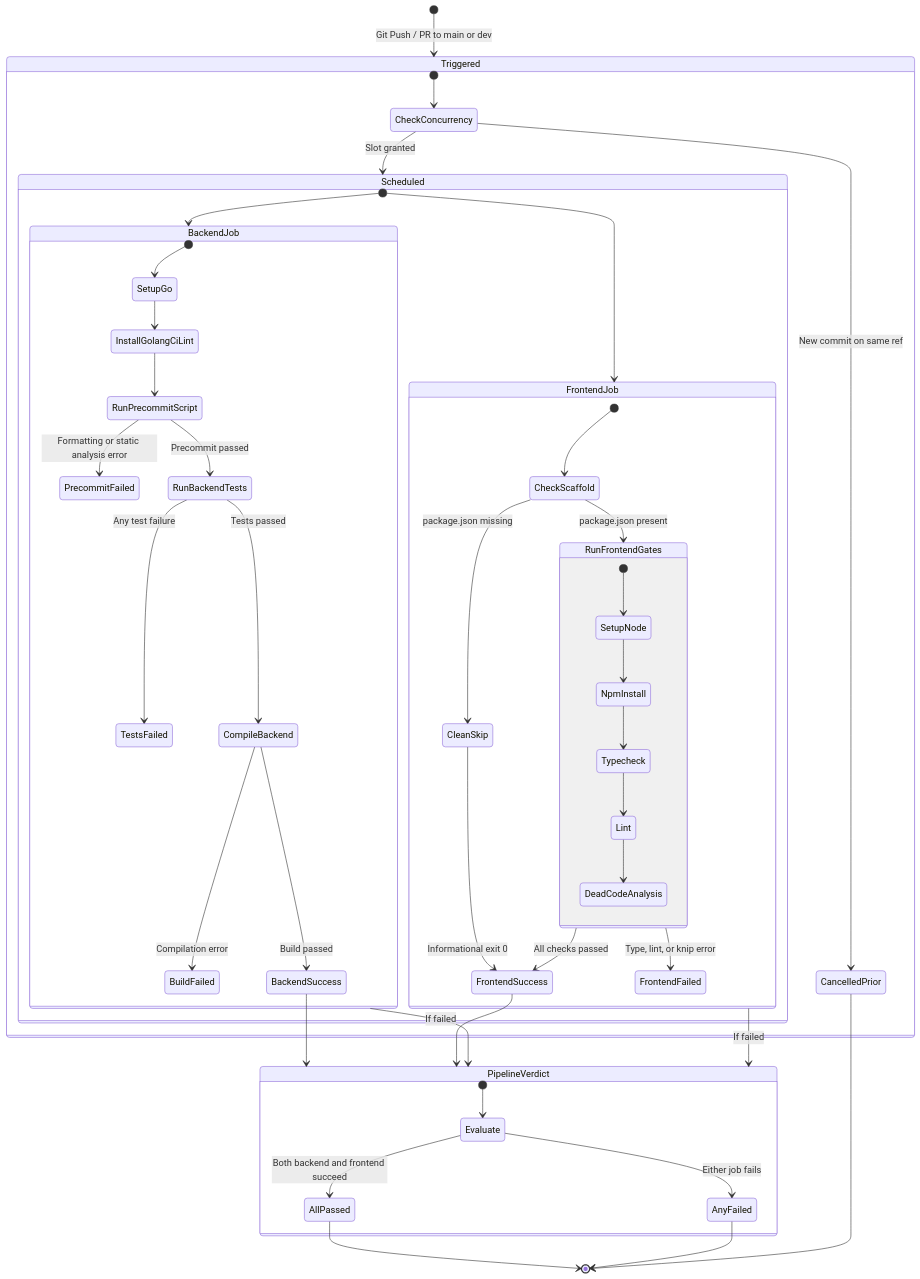
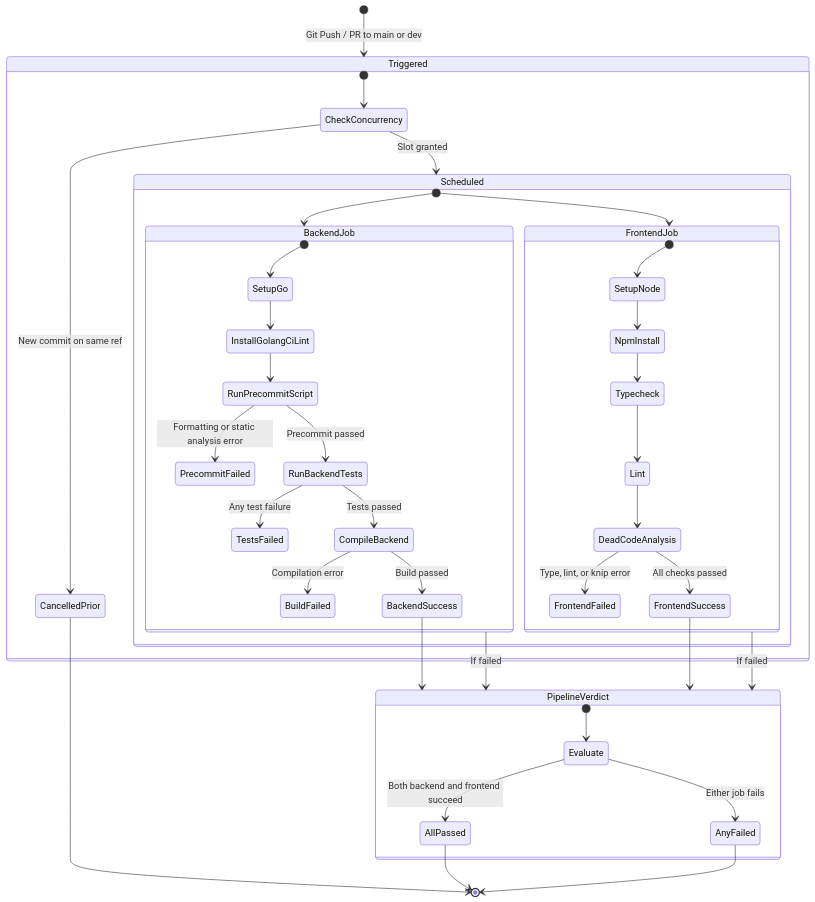
One commit to nicotorboli/2026s2-desapp-NoSePudo changed the second of 2 diagrams in specs/001-github-actions-ci/data-model.md. Above: the diagram before and after it, drawn with Mermaid. The commit also changed other lines of this file and 7 other files, not shown here.

````diff
--- a/specs/001-github-actions-ci/data-model.md
+++ b/specs/001-github-actions-ci/data-model.md
@@ -178,60 +171,52 @@
 ```mermaid
 stateDiagram-v2
     [*] --> Triggered: Git Push / PR to main or dev
 
     state Triggered {
         [*] --> CheckConcurrency
         CheckConcurrency --> CancelledPrior: New commit on same ref
         CheckConcurrency --> Scheduled: Slot granted
     }
 
     state Scheduled {
         [*] --> BackendJob
         [*] --> FrontendJob
     }
 
     state BackendJob {
         [*] --> SetupGo
         SetupGo --> InstallGolangCiLint
         InstallGolangCiLint --> RunPrecommitScript
         RunPrecommitScript --> PrecommitFailed: Formatting or static analysis error
         RunPrecommitScript --> RunBackendTests: Precommit passed
         RunBackendTests --> TestsFailed: Any test failure
         RunBackendTests --> CompileBackend: Tests passed
         CompileBackend --> BuildFailed: Compilation error
         CompileBackend --> BackendSuccess: Build passed
     }
 
     state FrontendJob {
-        [*] --> CheckScaffold
-        CheckScaffold --> CleanSkip: package.json missing
-        CleanSkip --> FrontendSuccess: Informational exit 0
-        CheckScaffold --> RunFrontendGates: package.json present
-        
-        state RunFrontendGates {
-            [*] --> SetupNode
-            SetupNode --> NpmInstall
-            NpmInstall --> Typecheck
-            Typecheck --> Lint
-            Lint --> DeadCodeAnalysis
-        }
-
-        RunFrontendGates --> FrontendFailed: Type, lint, or knip error
-        RunFrontendGates --> FrontendSuccess: All checks passed
+        [*] --> SetupNode
+        SetupNode --> NpmInstall
+        NpmInstall --> Typecheck
+        Typecheck --> Lint
+        Lint --> DeadCodeAnalysis
+        DeadCodeAnalysis --> FrontendFailed: Type, lint, or knip error
+        DeadCodeAnalysis --> FrontendSuccess: All checks passed
     }
 
     BackendSuccess --> PipelineVerdict
     FrontendSuccess --> PipelineVerdict
     BackendJob --> PipelineVerdict: If failed
     FrontendJob --> PipelineVerdict: If failed
 
     state PipelineVerdict {
         [*] --> Evaluate
         Evaluate --> AllPassed: Both backend and frontend succeed
         Evaluate --> AnyFailed: Either job fails
     }
 
     AllPassed --> [*]
     AnyFailed --> [*]
     CancelledPrior --> [*]
 ```
````
